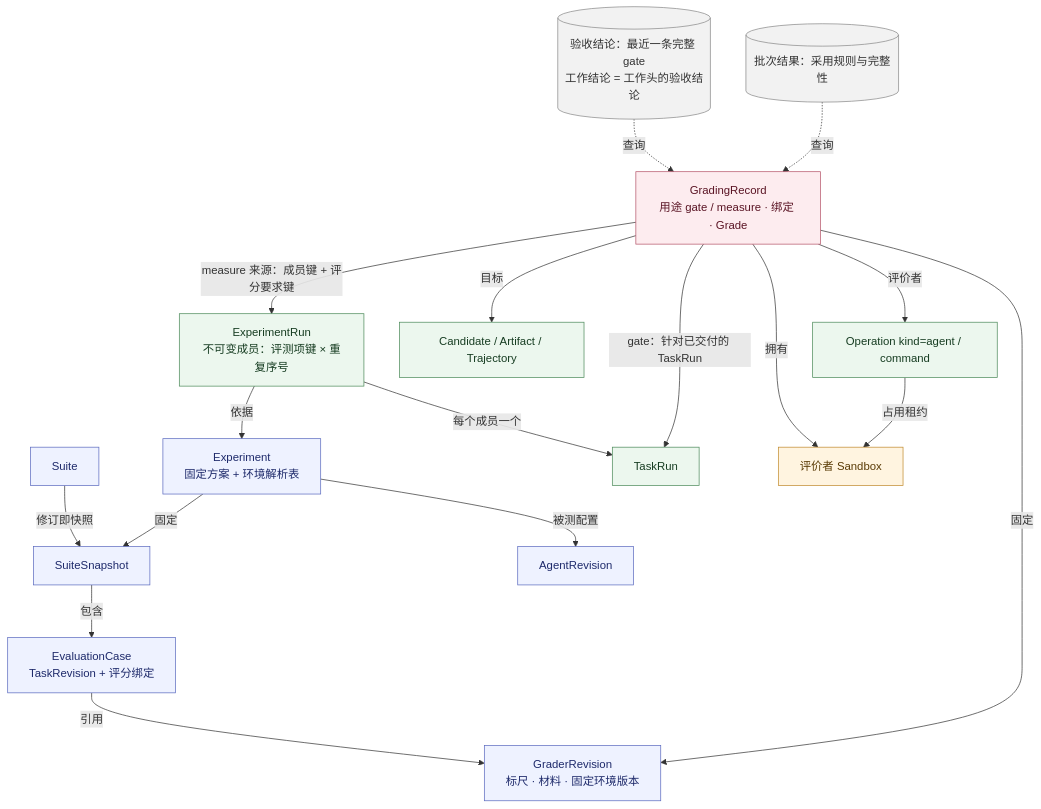
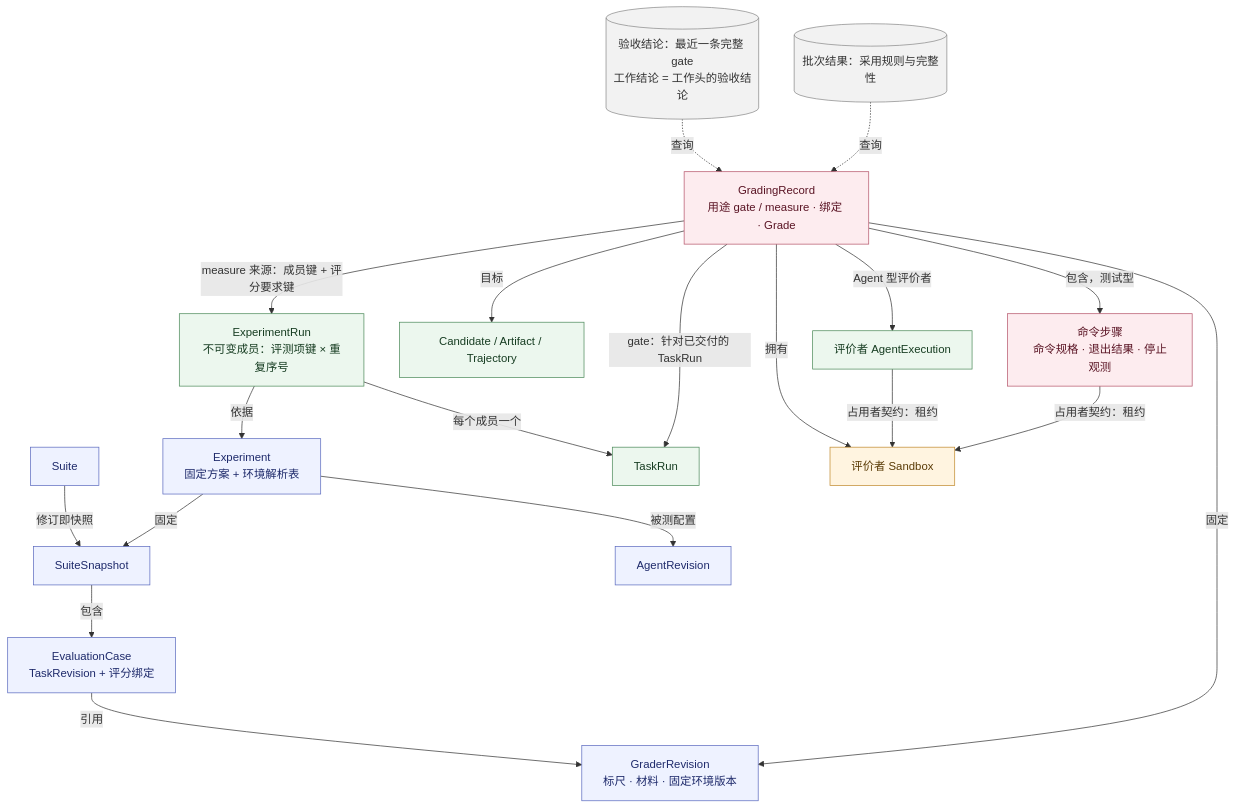
Before and after one commit to MaybeLL/Ground: the diagram in docs/assets/model-domain-eval.mmd, drawn with Mermaid. The commit also changed 15 other files, not shown here.

First line of the commit message:
docs: model agent executions and command steps separately (D143)

```diff
--- a/docs/assets/model-domain-eval.mmd
+++ b/docs/assets/model-domain-eval.mmd
@@ -1,27 +1,30 @@
 flowchart TB
   SU[Suite] -->|修订即快照| SS[SuiteSnapshot]
   EXP[Experiment<br/>固定方案 + 环境解析表] -->|固定| SS
   SS -->|包含| CASE[EvaluationCase<br/>TaskRevision + 评分绑定]
   EXP -->|被测配置| AR[AgentRevision]
   CASE -->|引用| GV[GraderRevision<br/>标尺 · 材料 · 固定环境版本]
   XR[ExperimentRun<br/>不可变成员：评测项键 × 重复序号] -->|依据| EXP
   XR -->|每个成员一个| RN[TaskRun]
   GRD[GradingRecord<br/>用途 gate / measure · 绑定 · Grade] -->|固定| GV
   GRD -->|measure 来源：成员键 + 评分要求键| XR
   GRD -->|目标| T[Candidate / Artifact / Trajectory]
   GRD -->|gate：针对已交付的 TaskRun| RN
-  GRD -->|评价者| EOP[Operation kind=agent / command]
+  GRD -->|Agent 型评价者| EOP[评价者 AgentExecution]
+  GRD -->|包含，测试型| CS[命令步骤<br/>命令规格 · 退出结果 · 停止观测]
   GRD -->|拥有| ESB[评价者 Sandbox]
-  EOP -->|占用租约| ESB
+  EOP -->|占用者契约：租约| ESB
+  CS -->|占用者契约：租约| ESB
   Q1[(验收结论：最近一条完整 gate<br/>工作结论 = 工作头的验收结论)] -.->|查询| GRD
   Q2[(批次结果：采用规则与完整性)] -.->|查询| GRD
   classDef def fill:#eef2ff,stroke:#5b6abf,color:#1e2a6b;
   classDef fact fill:#ecf7ee,stroke:#4c8a5a,color:#173d22;
   classDef res fill:#fff4e0,stroke:#c08a2d,color:#5a3b06;
   classDef eva fill:#fdecef,stroke:#b5546a,color:#5a1424;
   classDef q fill:#f2f2f2,stroke:#888,color:#333;
   class SU,EXP,SS,CASE,AR,GV def;
   class XR,RN,T,EOP fact;
+  class CS eva;
   class ESB res;
   class GRD eva;
   class Q1,Q2 q;
```
